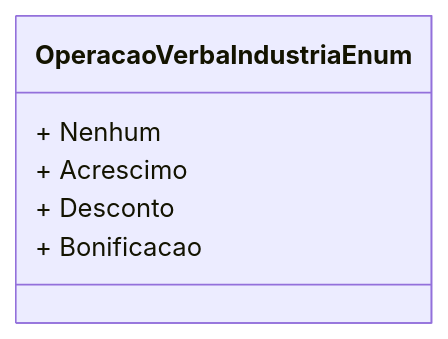
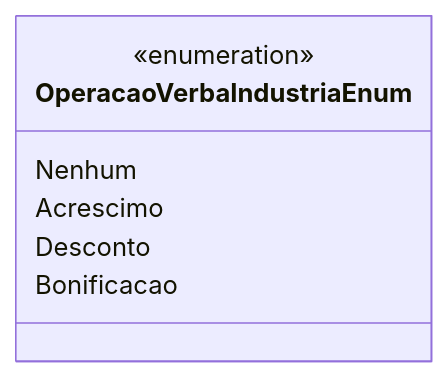
One commit to IsthmusSistemas/documentacao-tecnica changed the diagram in docs/b2b-dominio/IsthmusWinthor.Nucleo/IsthmusWinthor.Dominio/Enumeradores/OperacaoVerbaIndustriaEnum.md. Above: the diagram before and after it, drawn with Mermaid. The commit also changed other lines of this file and 882 other files, not shown here.

````diff
--- a/docs/b2b-dominio/IsthmusWinthor.Nucleo/IsthmusWinthor.Dominio/Enumeradores/OperacaoVerbaIndustriaEnum.md
+++ b/docs/b2b-dominio/IsthmusWinthor.Nucleo/IsthmusWinthor.Dominio/Enumeradores/OperacaoVerbaIndustriaEnum.md
@@ -11,9 +18,10 @@
 ```mermaid
 classDiagram
     class OperacaoVerbaIndustriaEnum {
-        + Nenhum
-        + Acrescimo
-        + Desconto
-        + Bonificacao
+        <<enumeration>>
+        Nenhum
+        Acrescimo
+        Desconto
+        Bonificacao
     }
 ```
````
